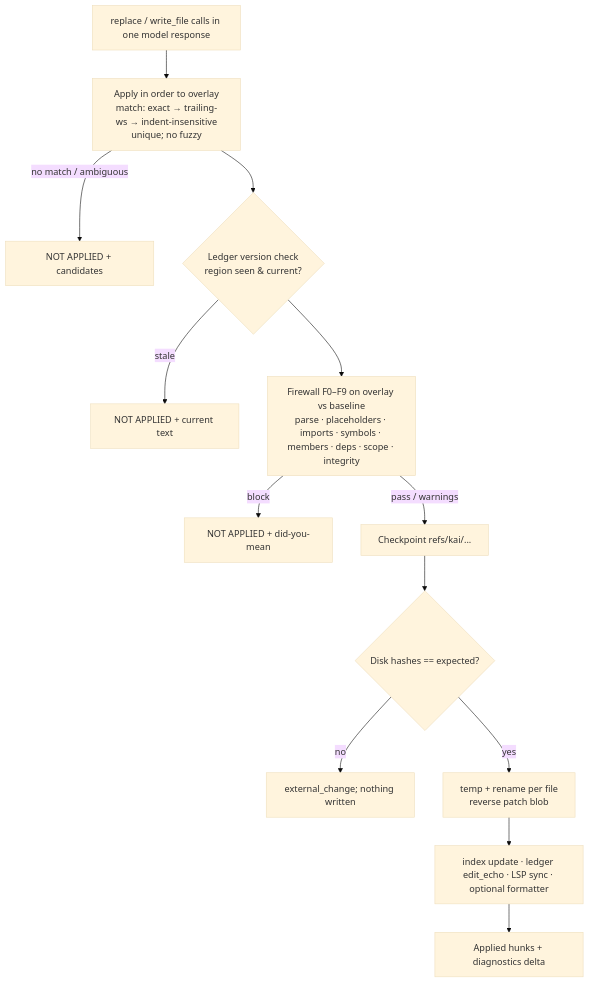
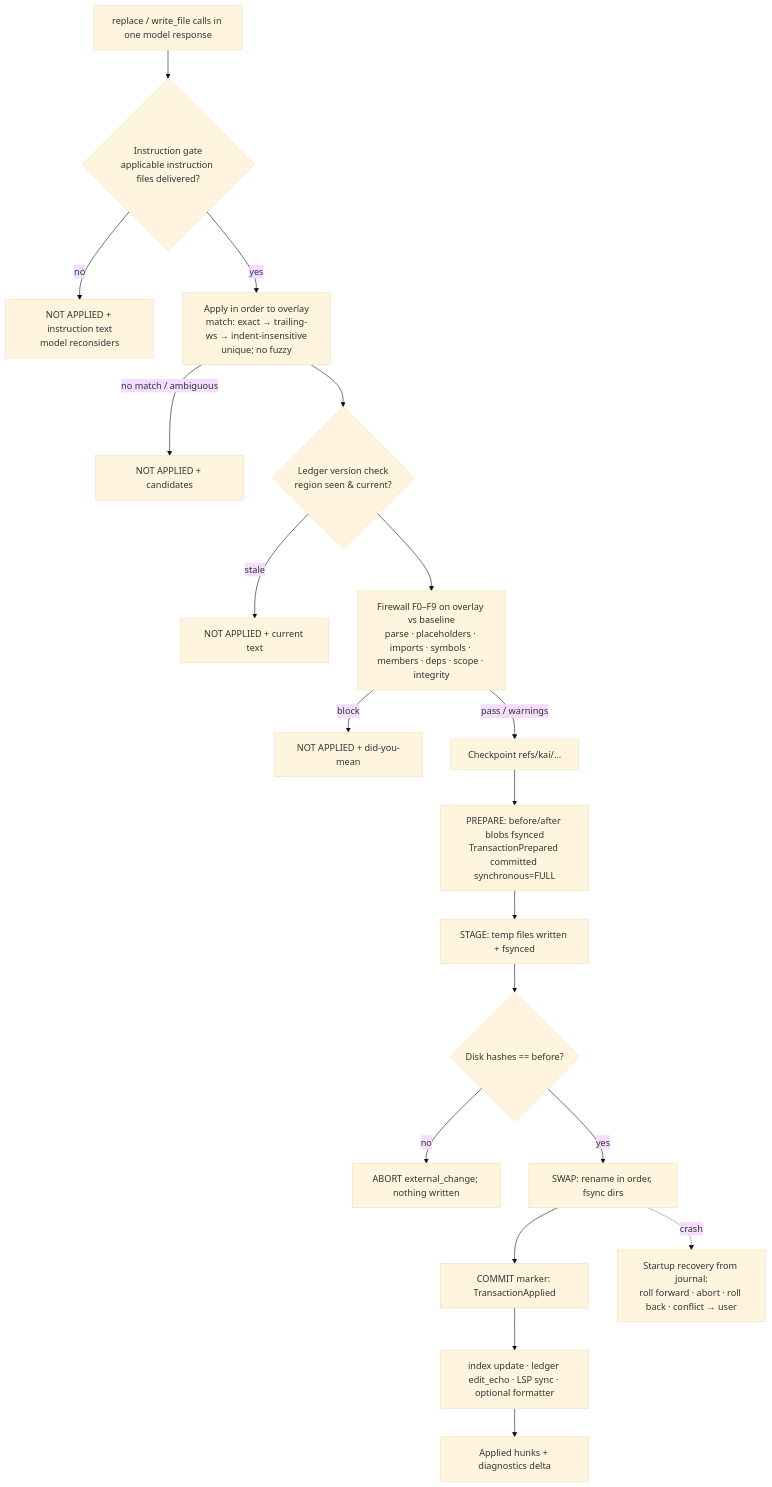
Before and after one commit to Kai-0501/kai-agent-2.0: the fifth of 5 diagrams in ARCHITECTURE.md, drawn with Mermaid (base theme). The commit also changed other lines of this file and 52 other files, not shown here.

First line of the commit message:
design: amend architecture for design review 1 (seven findings)

````diff
--- a/ARCHITECTURE.md
+++ b/ARCHITECTURE.md
@@ -252,15 +272,21 @@
 ```mermaid
 flowchart TB
-  calls[replace / write_file calls in one model response] --> ov[Apply in order to overlay<br/>match: exact → trailing-ws → indent-insensitive<br/>unique; no fuzzy]
+  calls[replace / write_file calls in one model response] --> ig{Instruction gate<br/>applicable instruction files delivered?}
+  ig -- no --> rej0[NOT APPLIED + instruction text<br/>model reconsiders]
+  ig -- yes --> ov[Apply in order to overlay<br/>match: exact → trailing-ws → indent-insensitive<br/>unique; no fuzzy]
   ov -- no match / ambiguous --> rej1[NOT APPLIED + candidates]
   ov --> vc{Ledger version check<br/>region seen & current?}
   vc -- stale --> rej2[NOT APPLIED + current text]
   vc --> fw[Firewall F0–F9 on overlay vs baseline<br/>parse · placeholders · imports · symbols · members · deps · scope · integrity]
   fw -- block --> rej3[NOT APPLIED + did-you-mean]
   fw -- pass / warnings --> ck[Checkpoint refs/kai/...]
-  ck --> hc{Disk hashes == expected?}
-  hc -- no --> rej4[external_change; nothing written]
-  hc -- yes --> commit[temp + rename per file<br/>reverse patch blob]
+  ck --> prep[PREPARE: before/after blobs fsynced<br/>TransactionPrepared committed synchronous=FULL]
+  prep --> stage[STAGE: temp files written + fsynced]
+  stage --> hc{Disk hashes == before?}
+  hc -- no --> rej4[ABORT external_change; nothing written]
+  hc -- yes --> swap[SWAP: rename in order, fsync dirs]
+  swap --> commit[COMMIT marker: TransactionApplied]
   commit --> post[index update · ledger edit_echo · LSP sync · optional formatter]
+  swap -. crash .-> rec[Startup recovery from journal:<br/>roll forward · abort · roll back · conflict → user]
   post --> res[Applied hunks + diagnostics delta]
 ```
````
